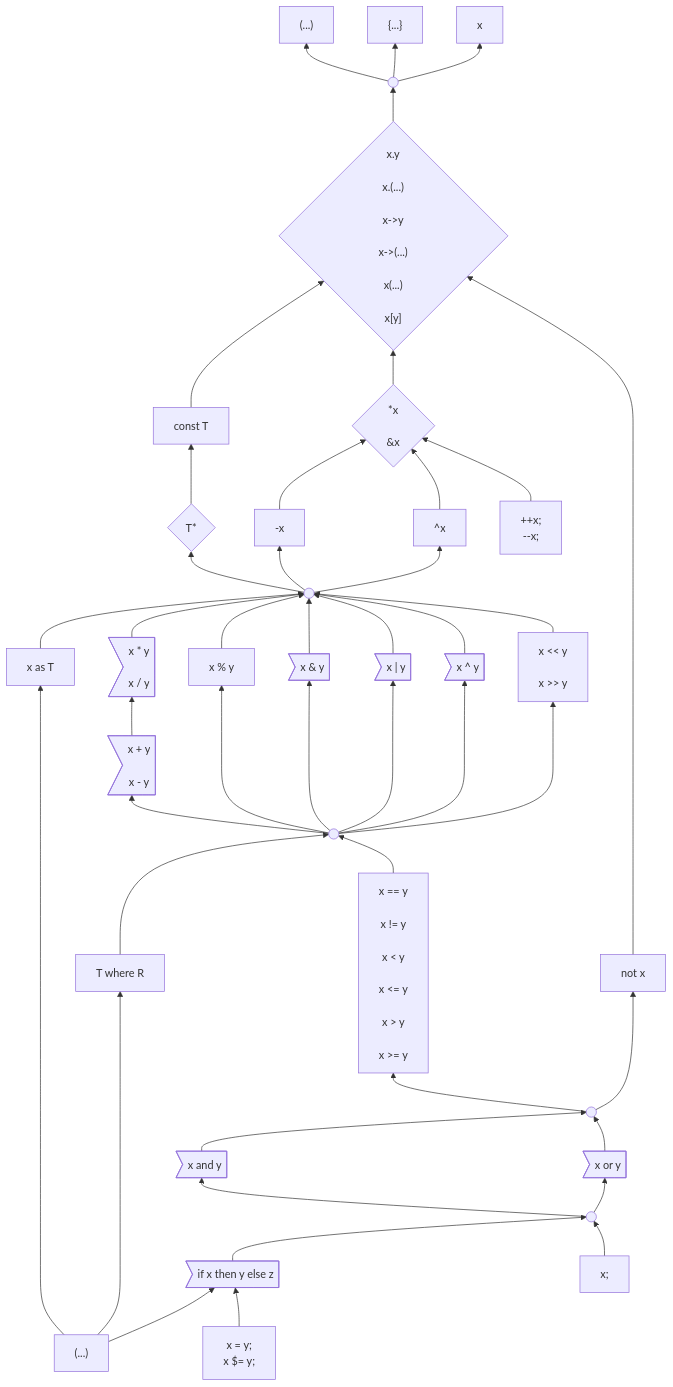
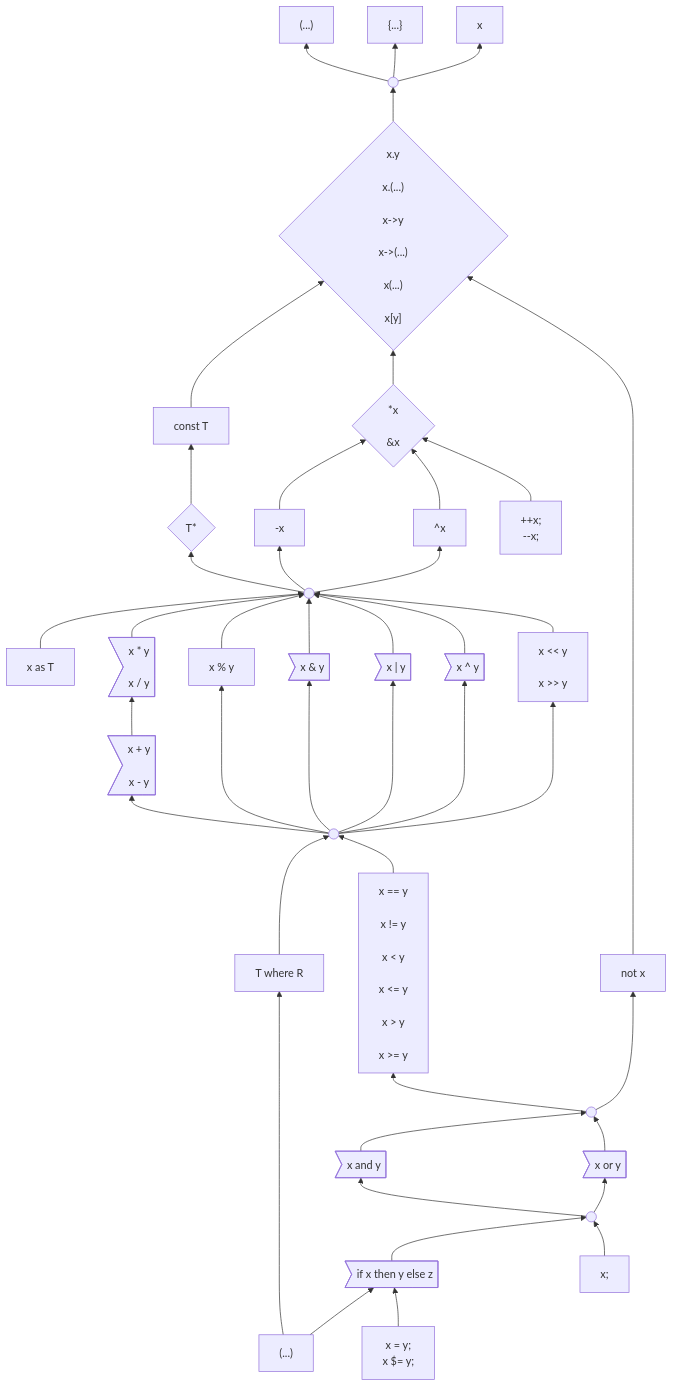
One commit to carbon-language/carbon-lang changed the first of 3 diagrams in docs/design/expressions/README.md. Above: the diagram before and after it, drawn with Mermaid.

Commit message:
Checkpoint progress.

````diff
--- a/docs/design/expressions/README.md
+++ b/docs/design/expressions/README.md
@@ -179,7 +179,7 @@
     logicalExpression --> and & or
     if & expressionStatement --> logicalExpression
     insideParens & assignment --> if
-    insideParens ------> as & where
+    insideParens ------> where
     %% Try and improve layout
     %% comparison ~~~ not
 ```
````
